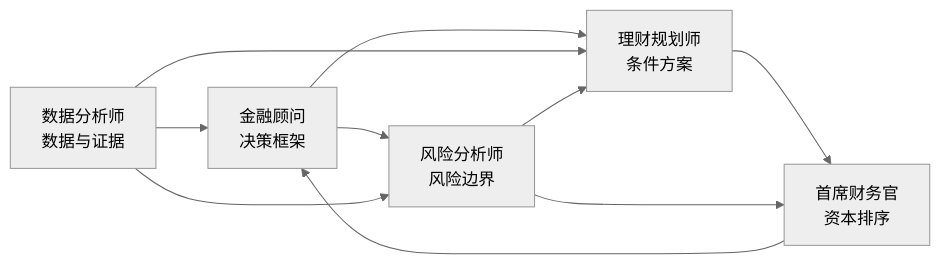
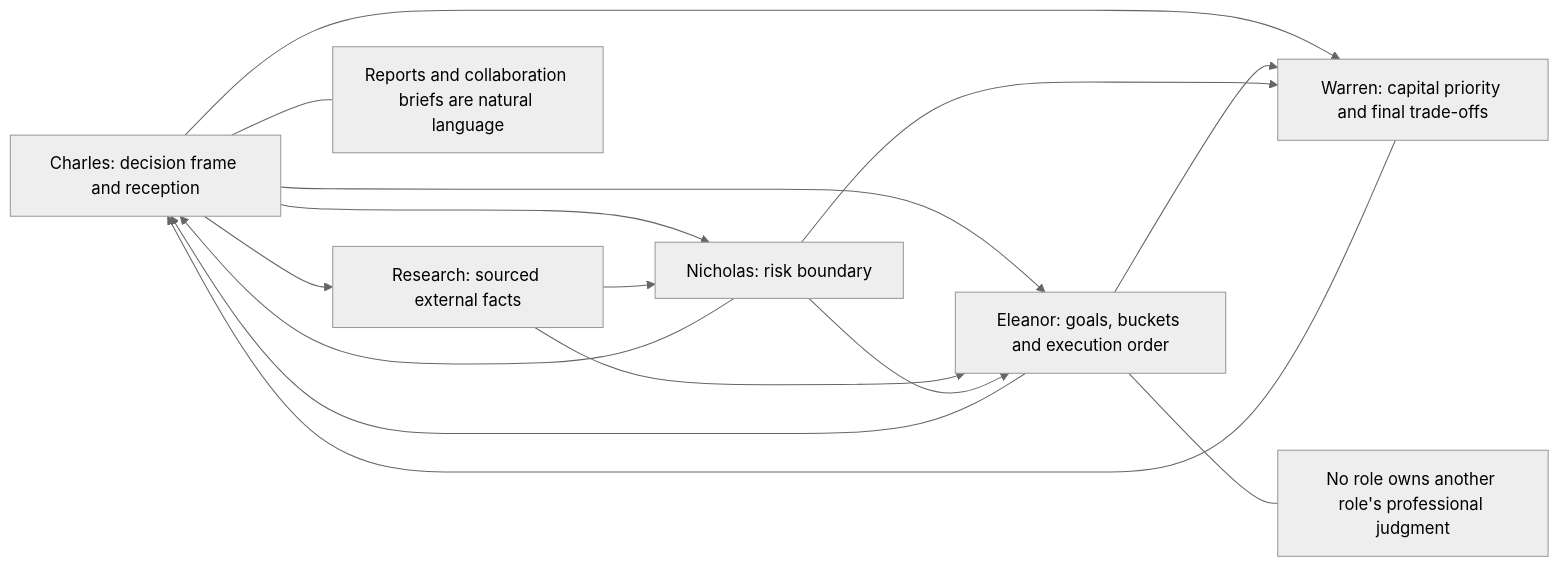
Before and after one commit to WXYNB66/-Autonomous-Domain-Agents: the diagram in diagrams/role_interaction.mmd, drawn with Mermaid (neutral theme). The commit also changed 13 other files, not shown here.

```diff
--- a/diagrams/role_interaction.mmd
+++ b/diagrams/role_interaction.mmd
@@ -1,15 +1,18 @@
 flowchart LR
-    A[金融顾问
-决策框架] --> R[风险分析师
-风险边界]
-    A --> P[理财规划师
-条件方案]
-    D[数据分析师
-数据与证据] --> A
-    D --> R
-    D --> P
-    R --> P
-    P --> C[首席财务官
-资本排序]
-    R --> C
-    C --> A
+    C[Charles: decision frame and reception] --> E[Eleanor: goals, buckets and execution order]
+    C --> N[Nicholas: risk boundary]
+    C --> W[Warren: capital priority and final trade-offs]
+    C --> R[Research: sourced external facts]
+    R --> E
+    R --> N
+    N --> E
+    E --> W
+    N --> W
+    E --> C
+    N --> C
+    W --> C
+
+    note1[Reports and collaboration briefs are natural language]
+    note2[No role owns another role's professional judgment]
+    C --- note1
+    E --- note2
```
